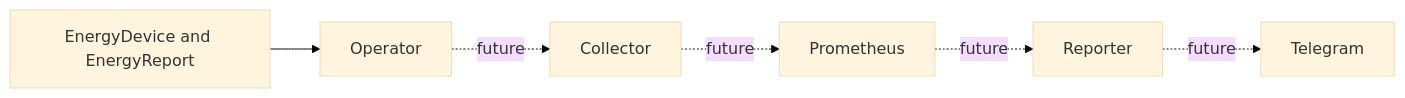
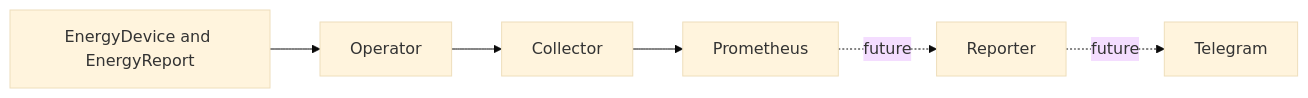
The diagram in README.md (alvarorg14/kubewattch), drawn with Mermaid (base theme) before and after one commit. The commit also changed other lines of this file and 47 other files, not shown here.

````diff
--- a/README.md
+++ b/README.md
@@ -59,8 +60,8 @@
 ```mermaid
 flowchart LR
   CR[EnergyDevice and EnergyReport] --> Operator
-  Operator -. future .-> Collector
-  Collector -. future .-> Prometheus
+  Operator --> Collector
+  Collector --> Prometheus
   Prometheus -. future .-> Reporter
   Reporter -. future .-> Telegram
 ```
````
